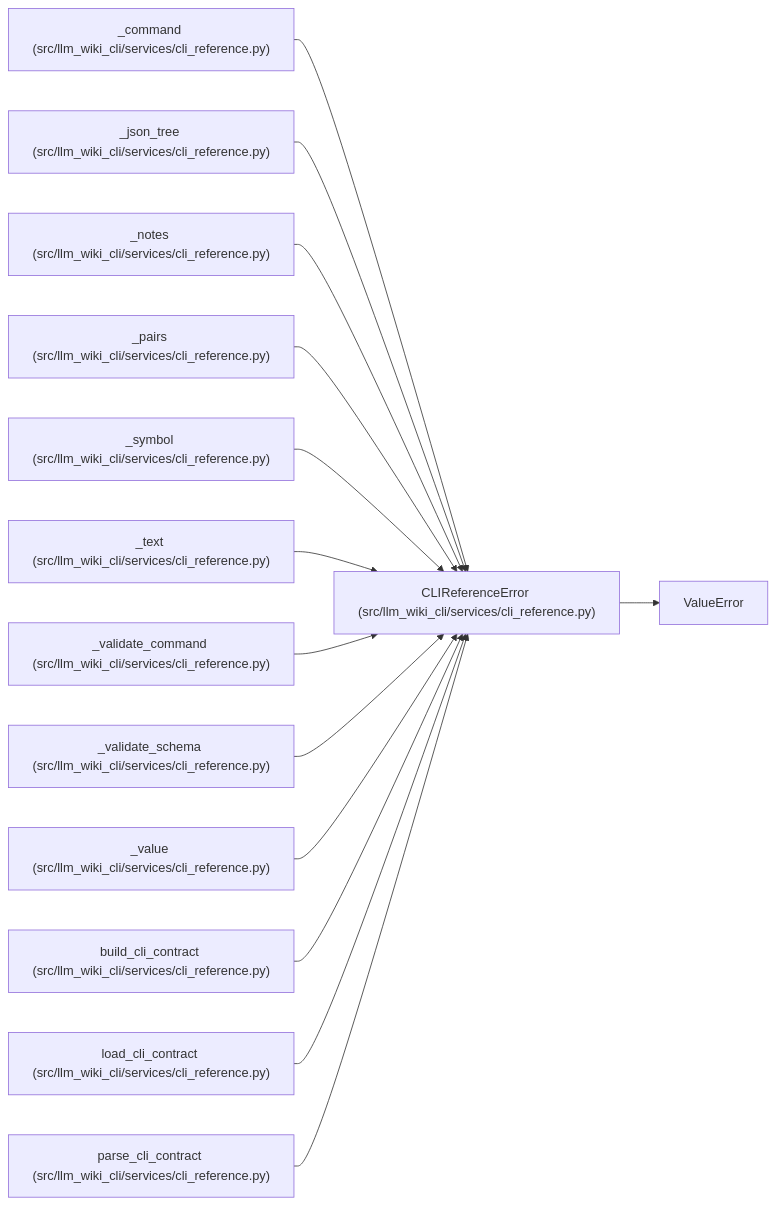
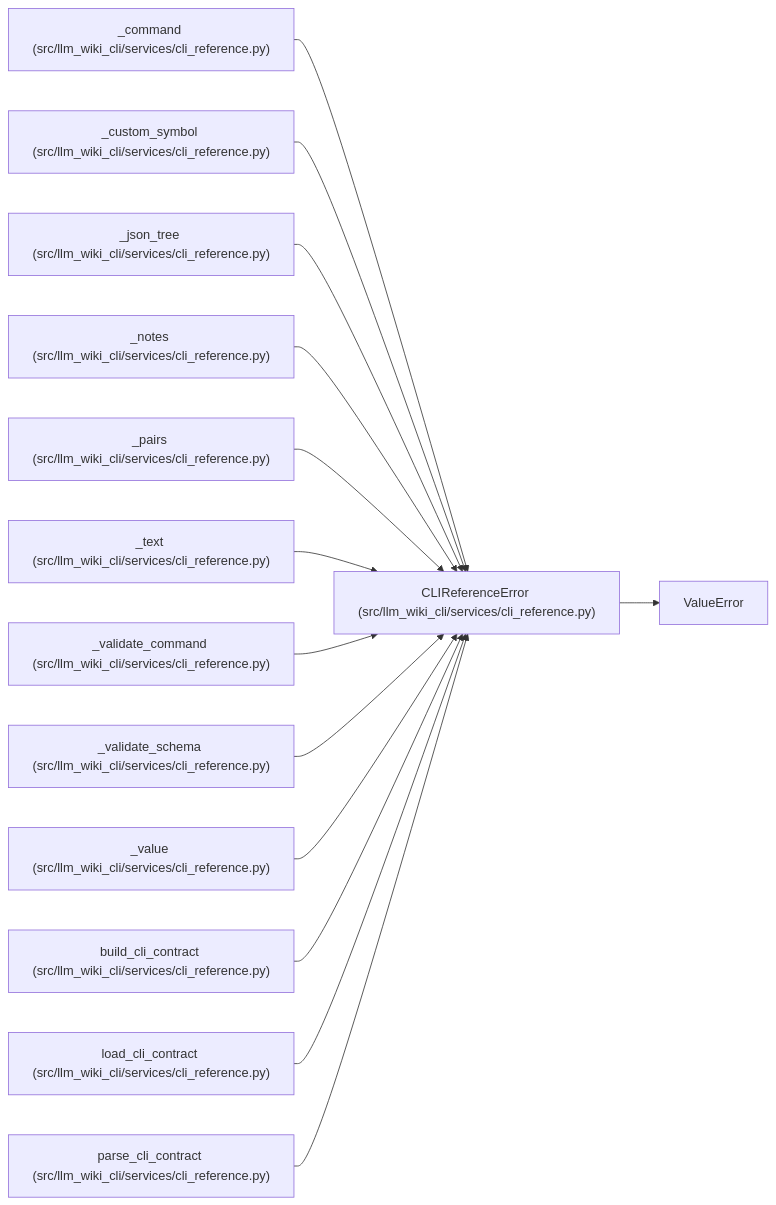
The diagram in docs/llm_wiki/entities/CLIReferenceError.md (Denissvgn/python-wiki-llm), drawn with Mermaid before and after one commit. The commit also changed other lines of this file and 403 other files, not shown here.

````diff
--- a/docs/llm_wiki/entities/CLIReferenceError.md
+++ b/docs/llm_wiki/entities/CLIReferenceError.md
@@ -23,43 +23,43 @@
 ```mermaid
 flowchart LR
     n0["CLIReferenceError (src/llm_wiki_cli/services/cli_reference.py)"]
     n1["ValueError"]
     n2["_command (src/llm_wiki_cli/services/cli_reference.py)"]
-    n3["_json_tree (src/llm_wiki_cli/services/cli_reference.py)"]
-    n4["_notes (src/llm_wiki_cli/services/cli_reference.py)"]
-    n5["_pairs (src/llm_wiki_cli/services/cli_reference.py)"]
-    n6["_symbol (src/llm_wiki_cli/services/cli_reference.py)"]
+    n3["_custom_symbol (src/llm_wiki_cli/services/cli_reference.py)"]
+    n4["_json_tree (src/llm_wiki_cli/services/cli_reference.py)"]
+    n5["_notes (src/llm_wiki_cli/services/cli_reference.py)"]
+    n6["_pairs (src/llm_wiki_cli/services/cli_reference.py)"]
     n7["_text (src/llm_wiki_cli/services/cli_reference.py)"]
     n8["_validate_command (src/llm_wiki_cli/services/cli_reference.py)"]
     n9["_validate_schema (src/llm_wiki_cli/services/cli_reference.py)"]
     n10["_value (src/llm_wiki_cli/services/cli_reference.py)"]
     n11["build_cli_contract (src/llm_wiki_cli/services/cli_reference.py)"]
     n12["load_cli_contract (src/llm_wiki_cli/services/cli_reference.py)"]
     n13["parse_cli_contract (src/llm_wiki_cli/services/cli_reference.py)"]
     n0 --> n1
     n2 --> n0
     n3 --> n0
     n4 --> n0
     n5 --> n0
     n6 --> n0
     n7 --> n0
     n8 --> n0
     n9 --> n0
     n10 --> n0
     n11 --> n0
     n12 --> n0
     n13 --> n0
     click n0 "../modules/cli_reference.md"
     click n2 "../modules/cli_reference.md"
     click n3 "../modules/cli_reference.md"
     click n4 "../modules/cli_reference.md"
     click n5 "../modules/cli_reference.md"
     click n6 "../modules/cli_reference.md"
     click n7 "../modules/cli_reference.md"
     click n8 "../modules/cli_reference.md"
     click n9 "../modules/cli_reference.md"
     click n10 "../modules/cli_reference.md"
     click n11 "../modules/cli_reference.md"
     click n12 "../modules/cli_reference.md"
     click n13 "../modules/cli_reference.md"
 ```
````
